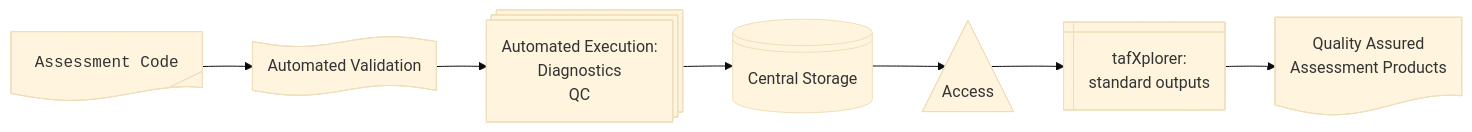
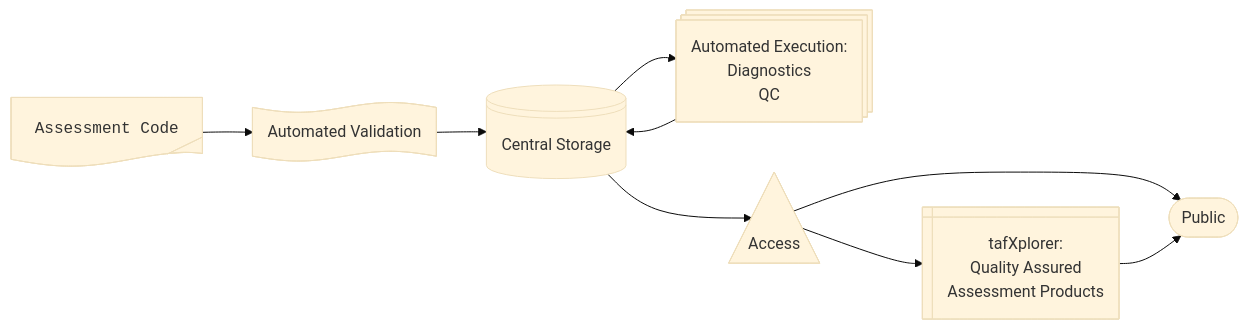
Before and after one commit to ices-eg/wg_WGTAFGOV: the diagram in architecture/01_architecture_introduction.md, drawn with Mermaid (base theme). The commit also changed other lines of this file, not shown here.

Commit message:
update intro diagram

````diff
--- a/architecture/01_architecture_introduction.md
+++ b/architecture/01_architecture_introduction.md
@@ -11,19 +11,22 @@
 ```mermaid
 flowchart LR
 
     GitHub@{ shape: tag-doc, label: <code>Assessment Code</code>}
     Validate@{ shape: flag, label: Automated Validation}
     Execute@{ shape: procs, label: "Automated Execution:</br>Diagnostics</br>QC"}
     Catalogue@{ shape: lin-cyl, label: Central Storage}
 
     API@{ shape: tri, label: Access}
-    Explorer@{ shape: win-pane, label: "tafXplorer:</br>standard outputs" }
-    Advice@{ shape: doc, label: "Quality Assured</br>Assessment Products"}
+    Explorer@{ shape: win-pane, label: "tafXplorer:</br>Quality Assured</br>Assessment Products" }
+    Person@{ shape: stadium, label: "Public"}
 
     GitHub --> Validate
-    Validate --> Execute
-    Execute --> Catalogue
+    Validate --> Catalogue
+
+    Catalogue --> Execute --> Catalogue
+
     Catalogue --> API
+    API --> Person
     API --> Explorer
-    Explorer --> Advice
+    Explorer --> Person
   ```
````
